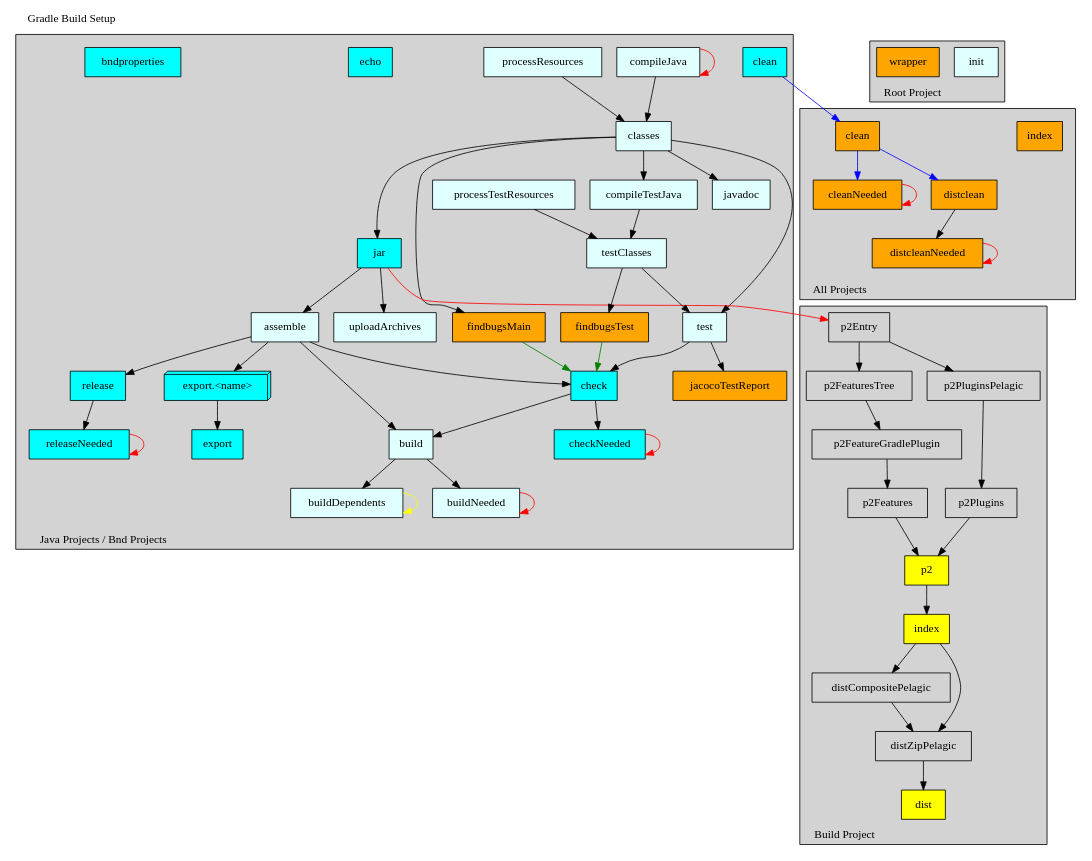
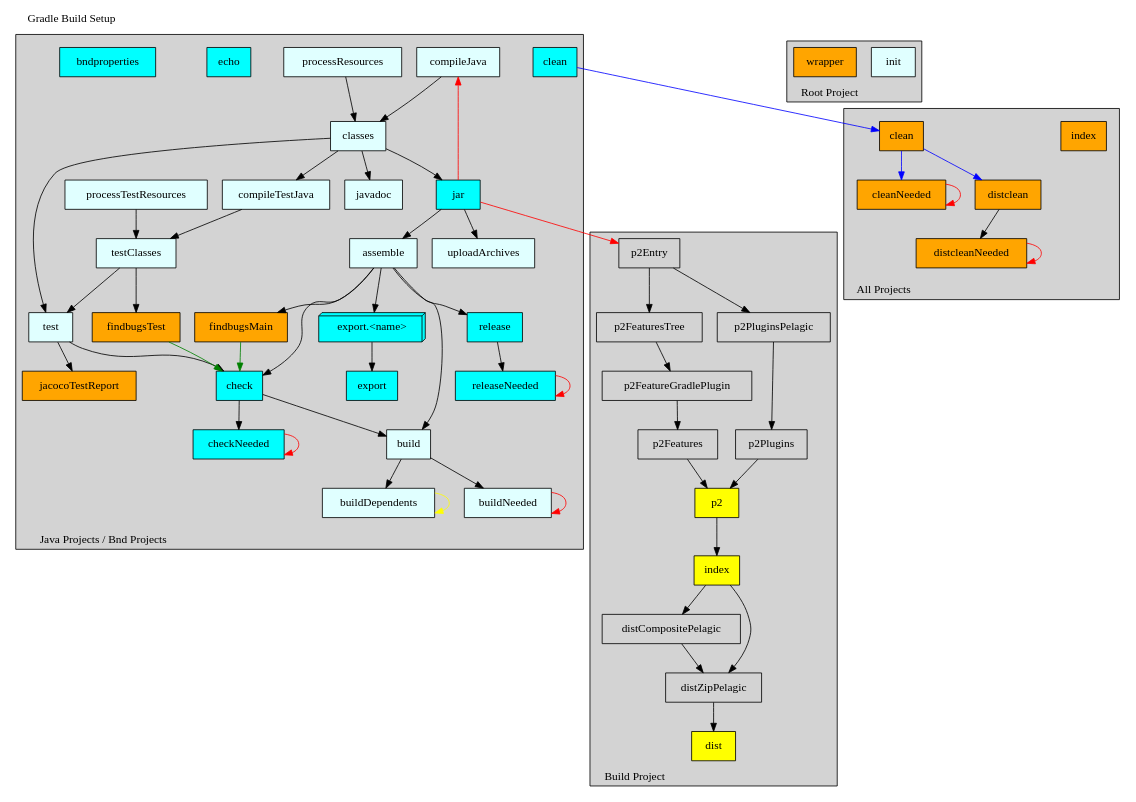
Before and after one commit to paulvi/bndtoolsPlugins: the diagram in cnf/gradle/doc/pelagic.dot, drawn with Graphviz. The commit also changed 5 other files, not shown here.

```diff
--- a/cnf/gradle/doc/pelagic.dot
+++ b/cnf/gradle/doc/pelagic.dot
@@ -87,6 +87,8 @@
     subgraph cluster110 {
       label="";
       style=invis;
+      findbugsMain         [shape=box, style=filled, fillcolor=orange   , label="findbugsMain"        ]
+      findbugsTest         [shape=box, style=filled, fillcolor=orange   , label="findbugsTest"        ]
     }
 
     javadoc                [shape=box, style=filled, fillcolor=lightcyan, label="javadoc"             ]
@@ -95,8 +97,6 @@
     echo                   [shape=box, style=filled, fillcolor=cyan     , label="echo"                ]
     bndproperties          [shape=box, style=filled, fillcolor=cyan     , label="bndproperties"       ]
     jacocoTestReport       [shape=box, style=filled, fillcolor=orange   , label="jacocoTestReport"    ]
-    findbugsMain           [shape=box, style=filled, fillcolor=orange   , label="findbugsMain"        ]
-    findbugsTest           [shape=box, style=filled, fillcolor=orange   , label="findbugsTest"        ]
 
     compileJava            -> classes
     processResources       -> classes
@@ -120,14 +120,14 @@
     build                  -> buildNeeded
     buildNeeded            -> buildNeeded        [color=red   ]
 
-    compileJava            -> compileJava        [color=red   ]
+    jar                    -> compileJava        [color=red   ]
     assemble               -> release
     assemble               -> exportX
     exportX                -> export
     release                -> releaseNeeded
     releaseNeeded          -> releaseNeeded      [color=red   ]
 
-    classes                -> findbugsMain
+    assemble               -> findbugsMain
     testClasses            -> findbugsTest
     findbugsMain           -> check              [color=green ]
     findbugsTest           -> check              [color=green ]
```
